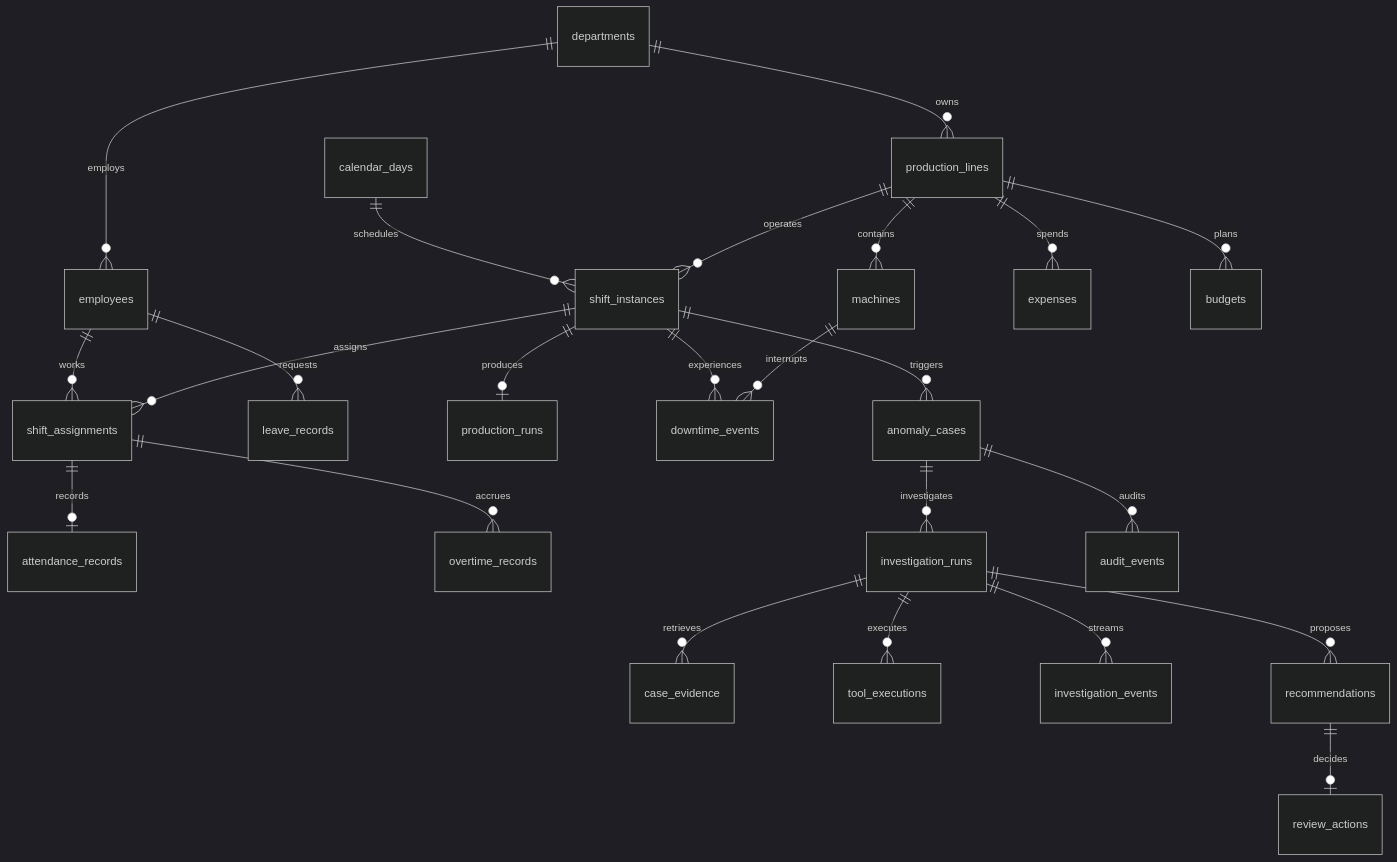
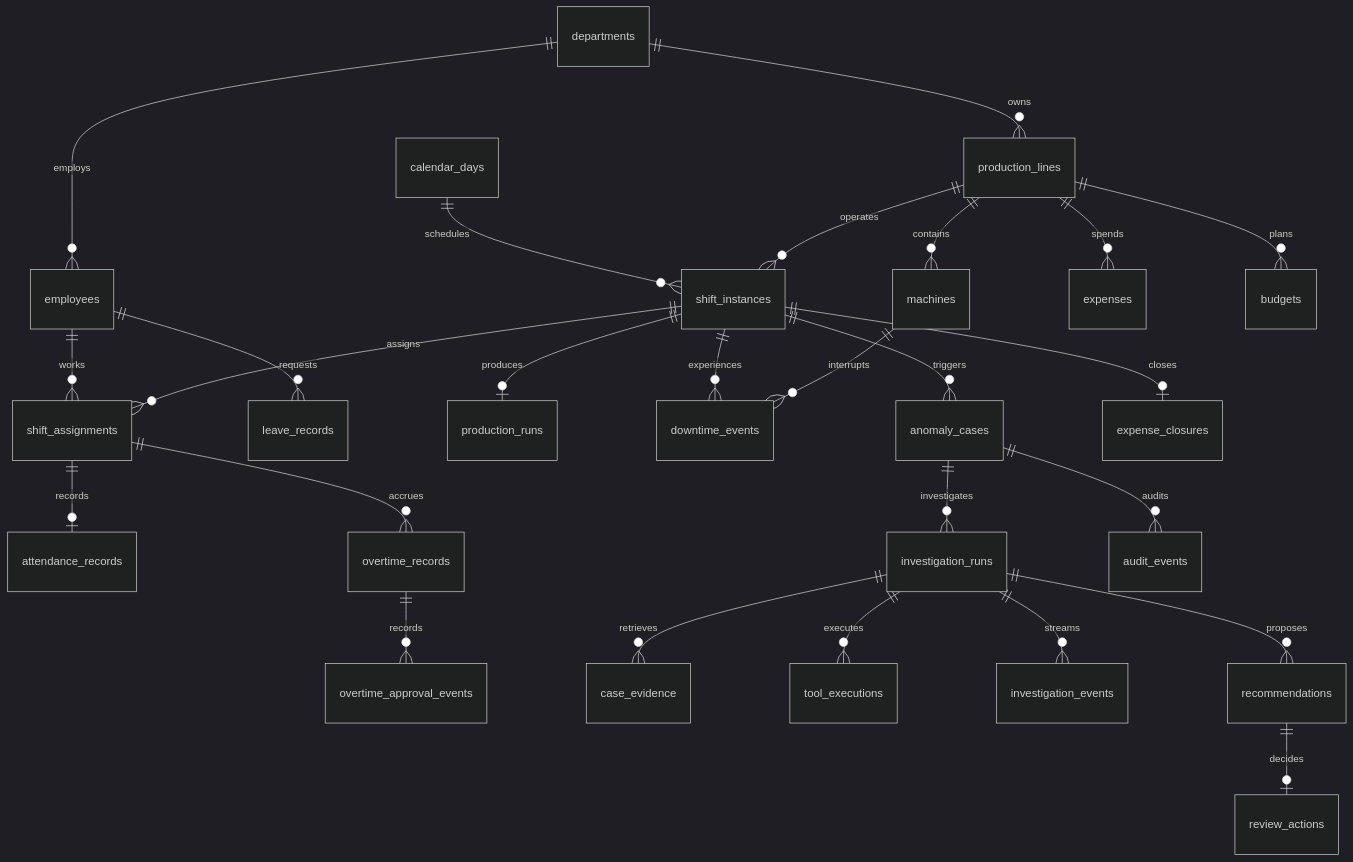
Before and after one commit to Tegar234-koplox/ops-mind-ai: the diagram in docs/DATABASE_DESIGN.md, drawn with Mermaid (dark theme). The commit also changed other lines of this file and 43 other files, not shown here.

````diff
--- a/docs/DATABASE_DESIGN.md
+++ b/docs/DATABASE_DESIGN.md
@@ -5,26 +5,28 @@
 ```mermaid
 erDiagram
  departments ||--o{ employees : employs
  departments ||--o{ production_lines : owns
  production_lines ||--o{ machines : contains
  production_lines ||--o{ shift_instances : operates
  calendar_days ||--o{ shift_instances : schedules
  shift_instances ||--o{ shift_assignments : assigns
  employees ||--o{ shift_assignments : works
  shift_assignments ||--o| attendance_records : records
  employees ||--o{ leave_records : requests
  shift_assignments ||--o{ overtime_records : accrues
  shift_instances ||--o| production_runs : produces
  machines ||--o{ downtime_events : interrupts
  shift_instances ||--o{ downtime_events : experiences
  production_lines ||--o{ expenses : spends
  production_lines ||--o{ budgets : plans
  anomaly_cases ||--o{ investigation_runs : investigates
  shift_instances ||--o{ anomaly_cases : triggers
+ shift_instances ||--o| expense_closures : closes
+ overtime_records ||--o{ overtime_approval_events : records
  investigation_runs ||--o{ case_evidence : retrieves
  investigation_runs ||--o{ tool_executions : executes
  investigation_runs ||--o{ investigation_events : streams
  investigation_runs ||--o{ recommendations : proposes
  recommendations ||--o| review_actions : decides
  anomaly_cases ||--o{ audit_events : audits
 ```
````
